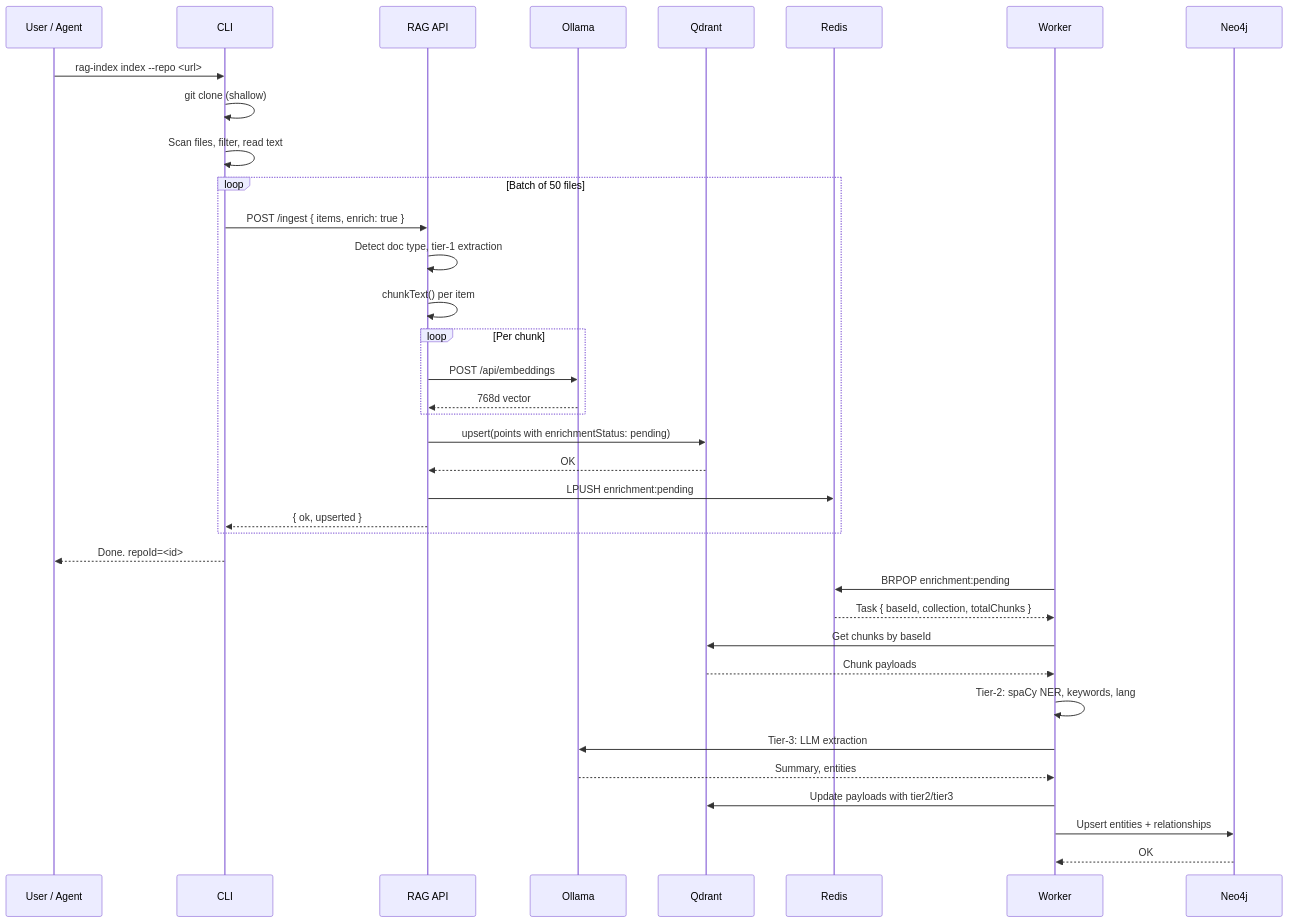
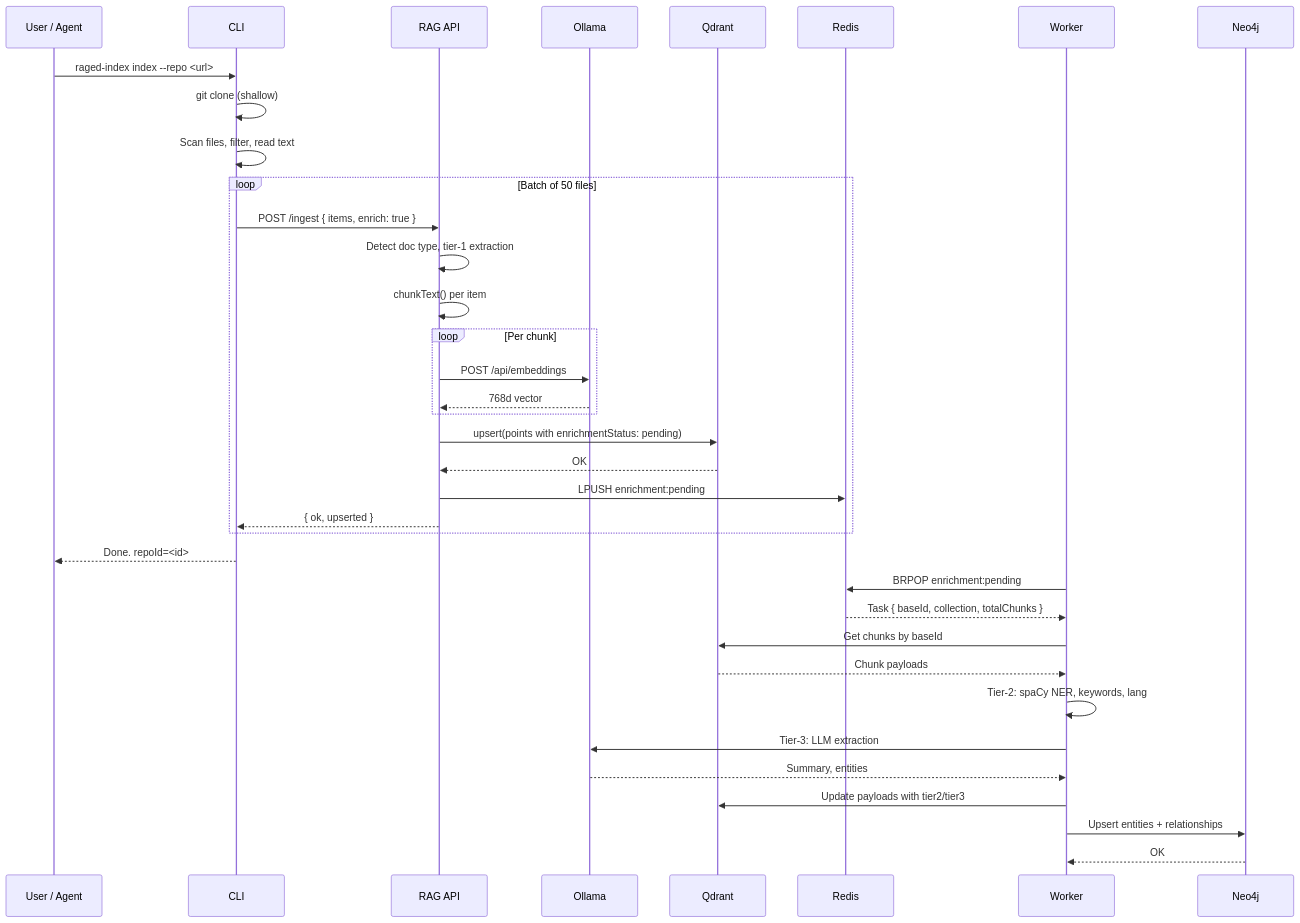
The third of 7 diagrams in docs/01-architecture.md (mfittko/raged), drawn with Mermaid before and after one commit. The commit also changed other lines of this file and 17 other files, not shown here.

````diff
--- a/docs/01-architecture.md
+++ b/docs/01-architecture.md
@@ -154,40 +154,40 @@
 ```mermaid
 sequenceDiagram
     participant U as User / Agent
     participant C as CLI
     participant A as RAG API
     participant O as Ollama
     participant Q as Qdrant
     participant R as Redis
     participant W as Worker
     participant N as Neo4j
 
-    U->>C: rag-index index --repo <url>
+    U->>C: raged-index index --repo <url>
     C->>C: git clone (shallow)
     C->>C: Scan files, filter, read text
     loop Batch of 50 files
         C->>A: POST /ingest { items, enrich: true }
         A->>A: Detect doc type, tier-1 extraction
         A->>A: chunkText() per item
         loop Per chunk
             A->>O: POST /api/embeddings
             O-->>A: 768d vector
         end
         A->>Q: upsert(points with enrichmentStatus: pending)
         Q-->>A: OK
         A->>R: LPUSH enrichment:pending
         A-->>C: { ok, upserted }
     end
     C-->>U: Done. repoId=<id>
     
     W->>R: BRPOP enrichment:pending
     R-->>W: Task { baseId, collection, totalChunks }
     W->>Q: Get chunks by baseId
     Q-->>W: Chunk payloads
     W->>W: Tier-2: spaCy NER, keywords, lang
     W->>O: Tier-3: LLM extraction
     O-->>W: Summary, entities
     W->>Q: Update payloads with tier2/tier3
     W->>N: Upsert entities + relationships
     N-->>W: OK
 ```
````
